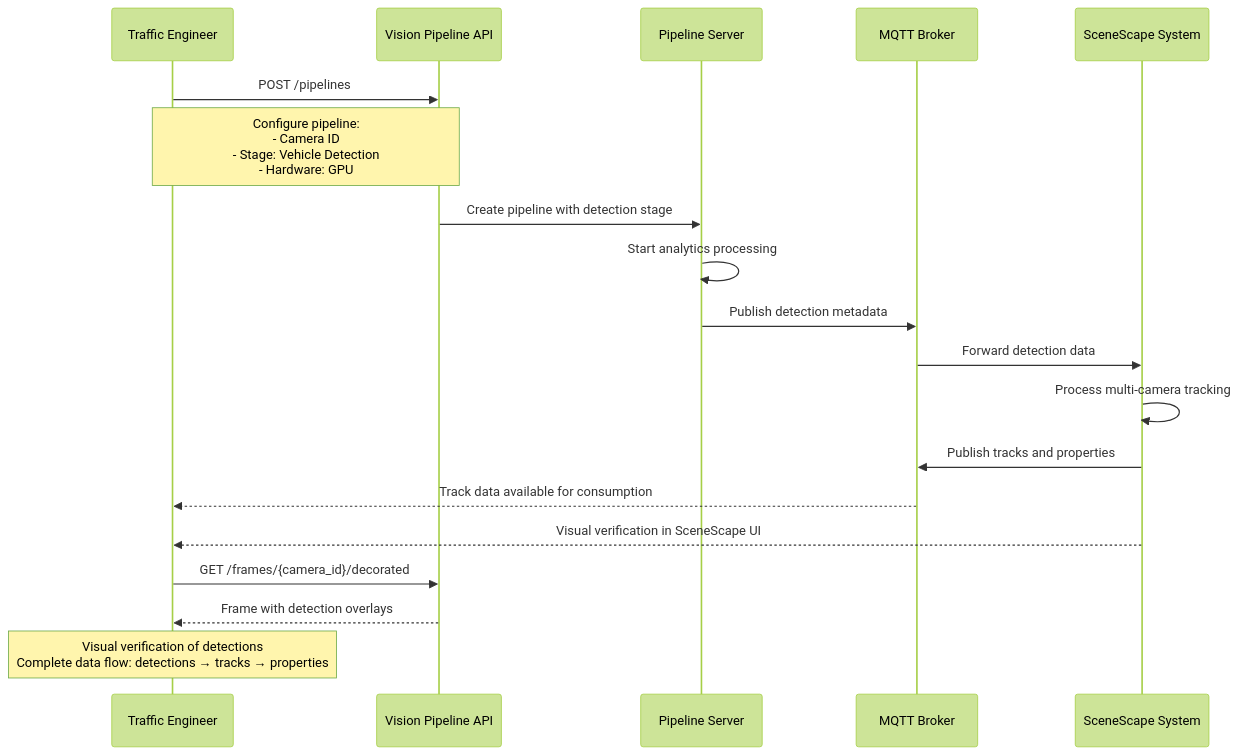
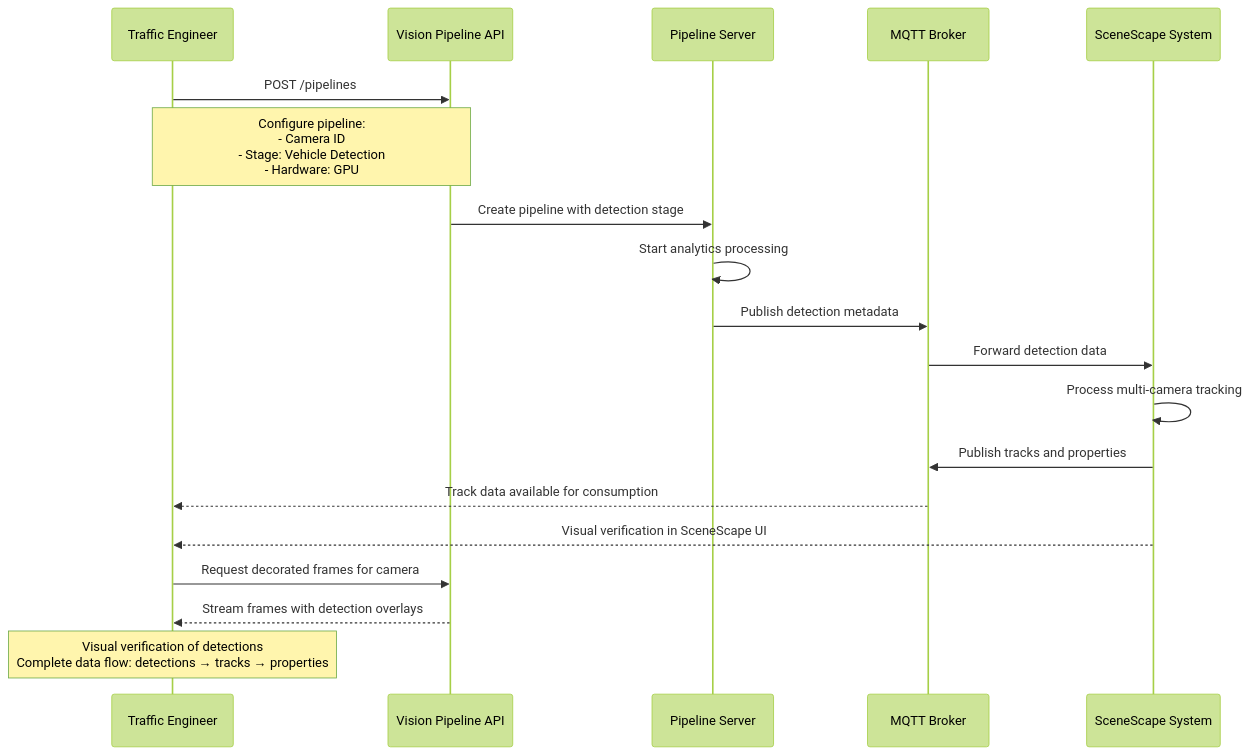
Before and after one commit to open-edge-platform/scenescape: the third of 10 diagrams in docs/design/vision-pipeline-overview.md, drawn with Mermaid (forest theme). The commit also changed other lines of this file, not shown here.

First line of the commit message:
Enhance Vision Pipeline API design with additional workflows and improvements

````diff
--- a/docs/design/vision-pipeline-overview.md
+++ b/docs/design/vision-pipeline-overview.md
@@ -215,23 +216,23 @@
 ```mermaid
 sequenceDiagram
     participant User as Traffic Engineer
     participant API as Vision Pipeline API
     participant Server as Pipeline Server
     participant MQTT as MQTT Broker
     participant SceneScape as SceneScape System
 
     User->>API: POST /pipelines
     Note over User,API: Configure pipeline:<br/>- Camera ID<br/>- Stage: Vehicle Detection<br/>- Hardware: GPU
     API->>Server: Create pipeline with detection stage
     Server->>Server: Start analytics processing
     Server->>MQTT: Publish detection metadata
     MQTT->>SceneScape: Forward detection data
     SceneScape->>SceneScape: Process multi-camera tracking
     SceneScape->>MQTT: Publish tracks and properties
     MQTT-->>User: Track data available for consumption
     SceneScape-->>User: Visual verification in SceneScape UI
     
-    User->>API: GET /frames/{camera_id}/decorated
-    API-->>User: Frame with detection overlays
+    User->>API: Request decorated frames for camera
+    API-->>User: Stream frames with detection overlays
     Note over User: Visual verification of detections<br/>Complete data flow: detections → tracks → properties
 ```
````
